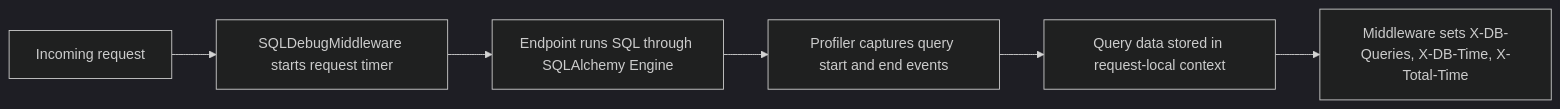
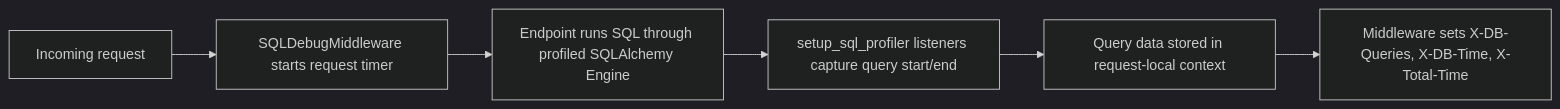
Before and after one commit to Nikolaev3Artem/fastapi-silk: the diagram in README.md, drawn with Mermaid (dark theme). The commit also changed other lines of this file, not shown here.

Commit message:
docs(readme): clarify engine-based profiling description

````diff
--- a/README.md
+++ b/README.md
@@ -78,8 +79,8 @@
 ```mermaid
 flowchart LR
   A[Incoming request] --> B[SQLDebugMiddleware starts request timer]
-  B --> C[Endpoint runs SQL through SQLAlchemy Engine]
-  C --> D[Profiler captures query start and end events]
+  B --> C[Endpoint runs SQL through profiled SQLAlchemy Engine]
+  C --> D[setup_sql_profiler listeners capture query start/end]
   D --> E[Query data stored in request-local context]
   E --> F[Middleware sets X-DB-Queries, X-DB-Time, X-Total-Time]
 ```
````
